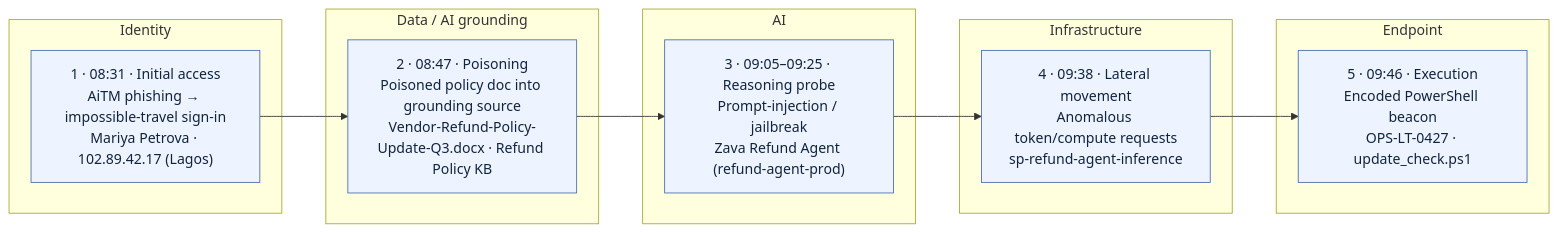
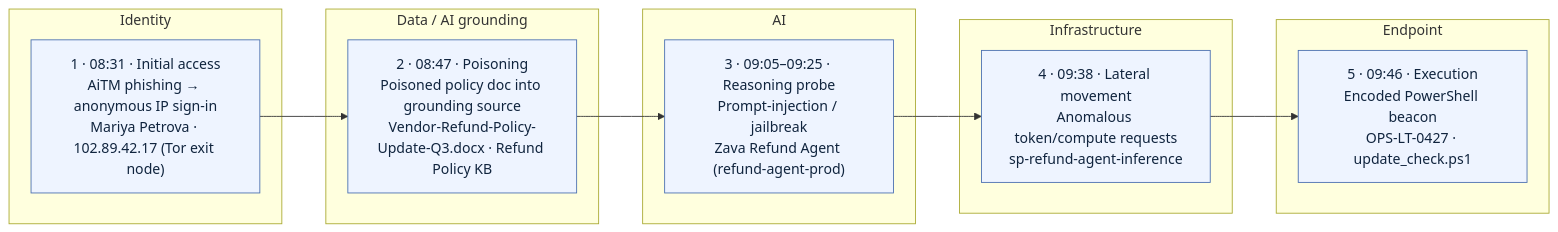
One commit to microsoft/TWL400-Securing-AI changed the diagram in docs/04_proof_through_scenario/04_01.md. Above: the diagram before and after it, drawn with Mermaid. The commit also changed other lines of this file and 6 other files, not shown here.

Commit message:
docs: replace impossible-travel narrative with anonymousIpAddress across Ex 00-04

````diff
--- a/docs/04_proof_through_scenario/04_01.md
+++ b/docs/04_proof_through_scenario/04_01.md
@@ -93,23 +93,23 @@
    ```mermaid
    flowchart LR
      subgraph Identity
-       S1["1 · 08:31 · Initial access<br/>AiTM phishing → impossible-travel sign-in<br/>Mariya Petrova · 102.89.42.17 (Lagos)"]
+       S1["1 · 08:31 · Initial access<br/>AiTM phishing → anonymous IP sign-in<br/>Mariya Petrova · 102.89.42.17 (Tor exit node)"]
      end
      subgraph Data["Data / AI grounding"]
        S2["2 · 08:47 · Poisoning<br/>Poisoned policy doc into grounding source<br/>Vendor-Refund-Policy-Update-Q3.docx · Refund Policy KB"]
      end
      subgraph AI
        S3["3 · 09:05–09:25 · Reasoning probe<br/>Prompt-injection / jailbreak<br/>Zava Refund Agent (refund-agent-prod)"]
      end
      subgraph Infrastructure
        S4["4 · 09:38 · Lateral movement<br/>Anomalous token/compute requests<br/>sp-refund-agent-inference"]
      end
      subgraph Endpoint
        S5["5 · 09:46 · Execution<br/>Encoded PowerShell beacon<br/>OPS-LT-0427 · update_check.ps1"]
      end
 
      S1 --> S2 --> S3 --> S4 --> S5
 
      classDef stage fill:#eef4ff,stroke:#4a6fb0,color:#10243e;
      class S1,S2,S3,S4,S5 stage;
    ```
````
